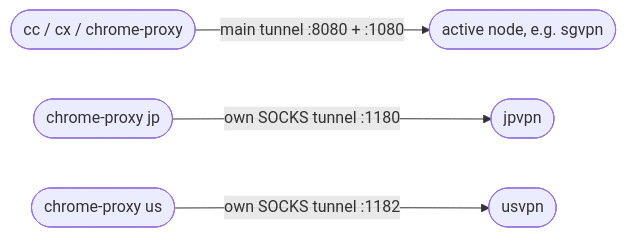
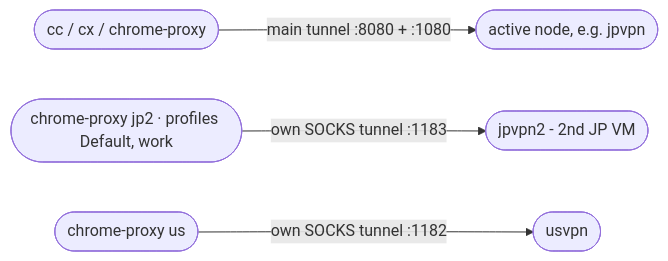
The diagram in docs/proxy-nodes.md (crayonluffy/claude-guide), drawn with Mermaid before and after one commit. The commit also changed other lines of this file and 10 other files, not shown here.

First line of the commit message:
v2.2: nodes from your domain (DNS TXT), several VMs per region, Chrome profiles per node

````diff
--- a/docs/proxy-nodes.md
+++ b/docs/proxy-nodes.md
@@ -19,6 +27,6 @@
 ```mermaid
 flowchart LR
-    cc([cc / cx / chrome-proxy]) -->|main tunnel :8080 + :1080| active([active node, e.g. sgvpn])
-    chj([chrome-proxy jp]) -->|own SOCKS tunnel :1180| jp([jpvpn])
+    cc([cc / cx / chrome-proxy]) -->|main tunnel :8080 + :1080| active([active node, e.g. jpvpn])
+    chj([chrome-proxy jp2 · profiles Default, work]) -->|own SOCKS tunnel :1183| jp2([jpvpn2 - 2nd JP VM])
     chu([chrome-proxy us]) -->|own SOCKS tunnel :1182| us([usvpn])
 ```
````
